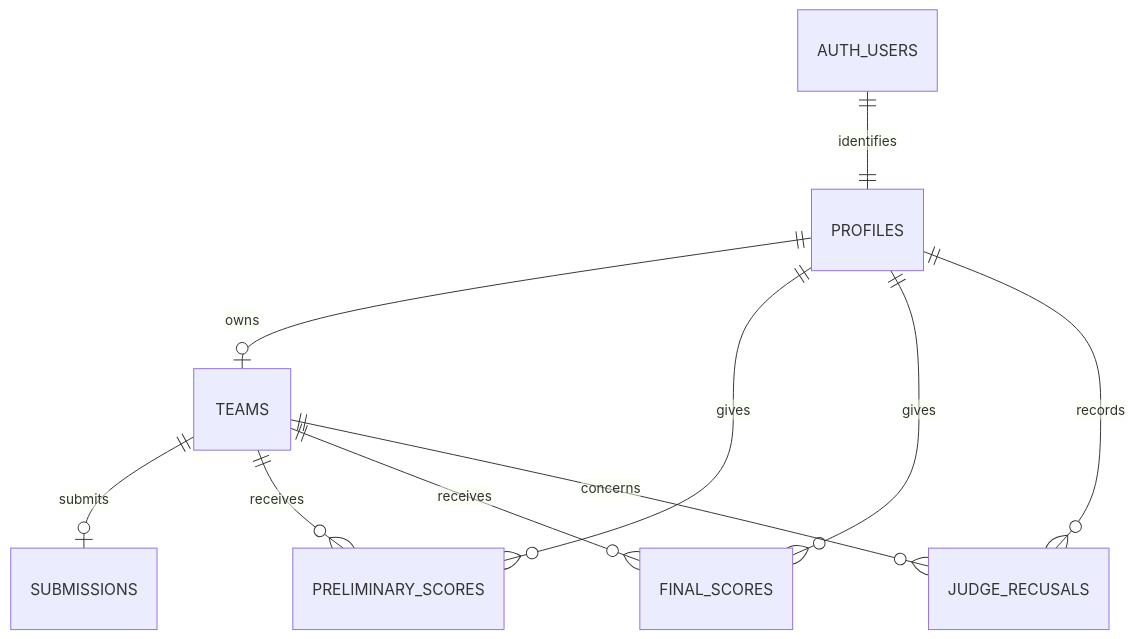
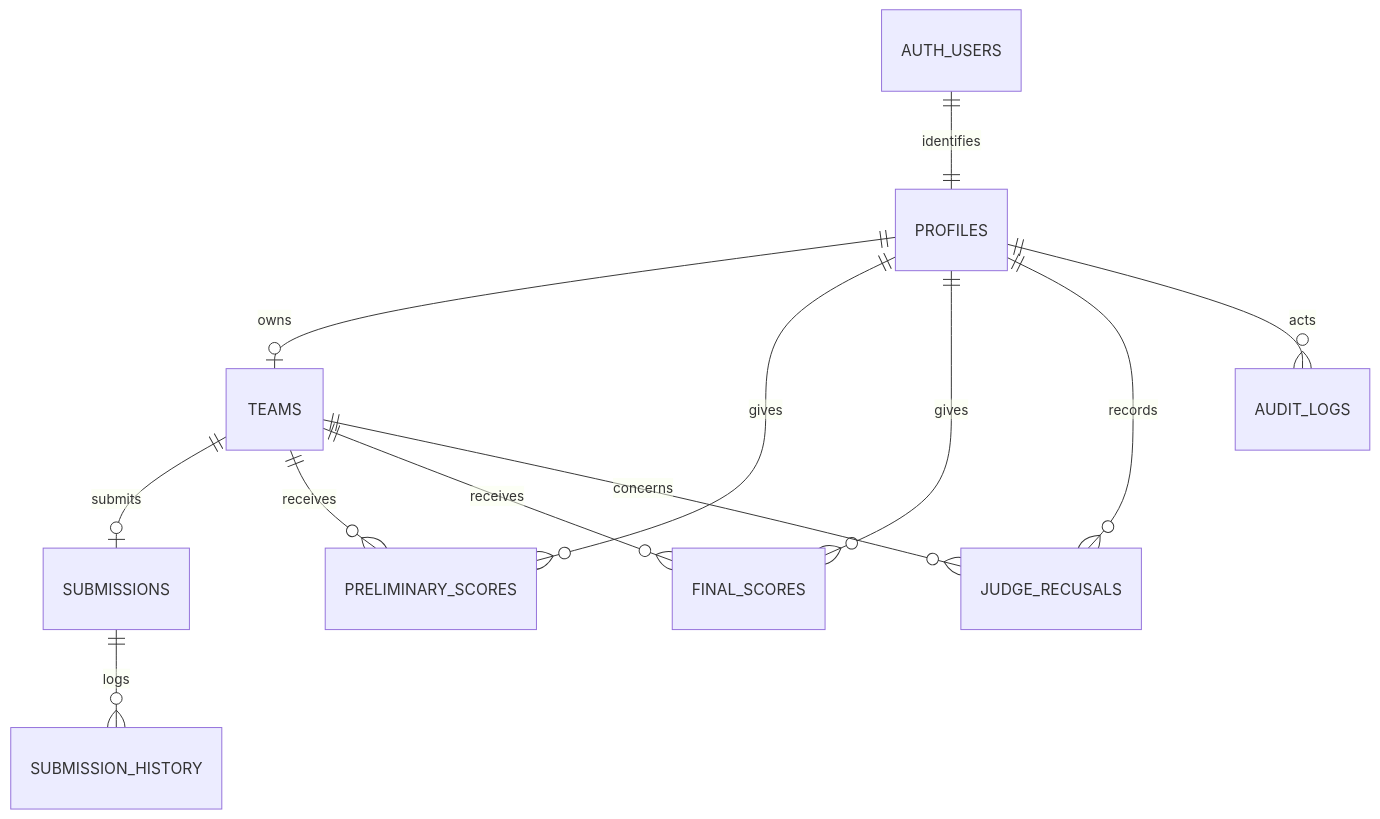
One commit to TromBoloN/web-submissions changed the diagram in docs/documentation/DATA-MODEL.md. Above: the diagram before and after it, drawn with Mermaid. The commit also changed other lines of this file and 12 other files, not shown here.

````diff
--- a/docs/documentation/DATA-MODEL.md
+++ b/docs/documentation/DATA-MODEL.md
@@ -5,12 +7,14 @@
 ```mermaid
 erDiagram
     AUTH_USERS ||--|| PROFILES : identifies
     PROFILES ||--o| TEAMS : owns
     TEAMS ||--o| SUBMISSIONS : submits
+    SUBMISSIONS ||--o{ SUBMISSION_HISTORY : logs
     PROFILES ||--o{ PRELIMINARY_SCORES : gives
     TEAMS ||--o{ PRELIMINARY_SCORES : receives
     PROFILES ||--o{ FINAL_SCORES : gives
     TEAMS ||--o{ FINAL_SCORES : receives
     PROFILES ||--o{ JUDGE_RECUSALS : records
     TEAMS ||--o{ JUDGE_RECUSALS : concerns
+    PROFILES ||--o{ AUDIT_LOGS : acts
 ```
````
